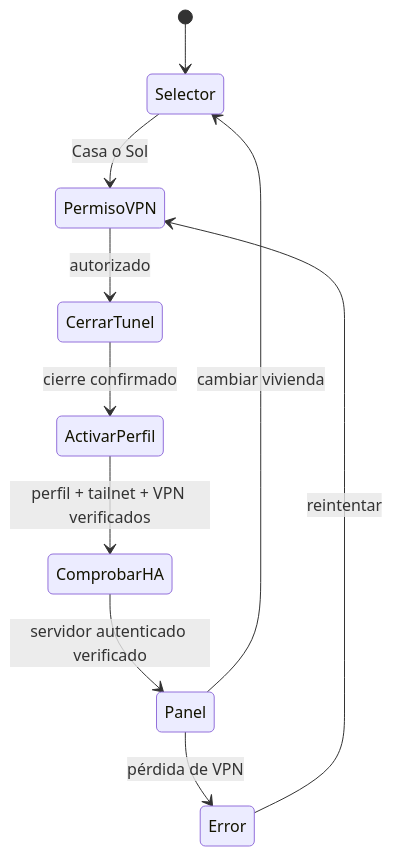
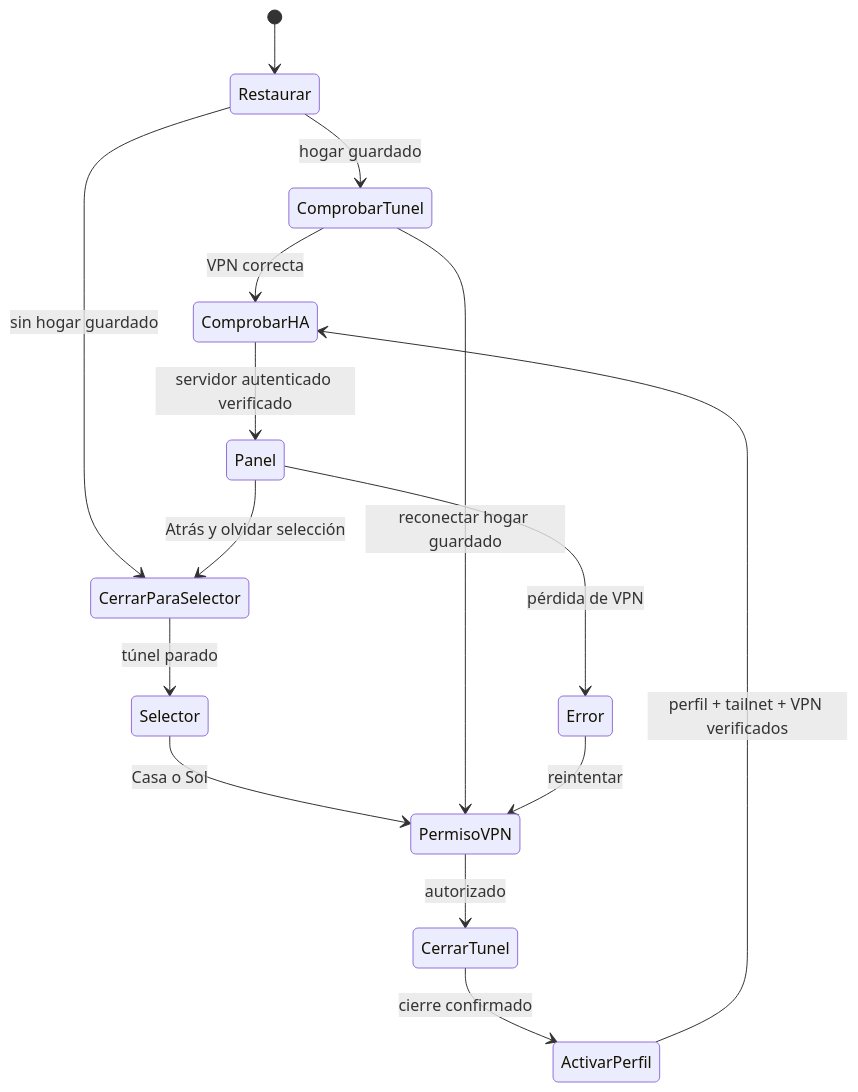
The diagram in docs/architecture.md (Tecnogesfausti/hatailapk), drawn with Mermaid before and after one commit. The commit also changed other lines of this file and 8 other files, not shown here.

````diff
--- a/docs/architecture.md
+++ b/docs/architecture.md
@@ -11,12 +15,17 @@
 ```mermaid
 stateDiagram-v2
-    [*] --> Selector
+    [*] --> Restaurar
+    Restaurar --> ComprobarTunel: hogar guardado
+    Restaurar --> CerrarParaSelector: sin hogar guardado
+    CerrarParaSelector --> Selector: túnel parado
     Selector --> PermisoVPN: Casa o Sol
+    ComprobarTunel --> ComprobarHA: VPN correcta
+    ComprobarTunel --> PermisoVPN: reconectar hogar guardado
     PermisoVPN --> CerrarTunel: autorizado
     CerrarTunel --> ActivarPerfil: cierre confirmado
     ActivarPerfil --> ComprobarHA: perfil + tailnet + VPN verificados
     ComprobarHA --> Panel: servidor autenticado verificado
-    Panel --> Selector: cambiar vivienda
+    Panel --> CerrarParaSelector: Atrás y olvidar selección
     Panel --> Error: pérdida de VPN
     Error --> PermisoVPN: reintentar
 ```
````
